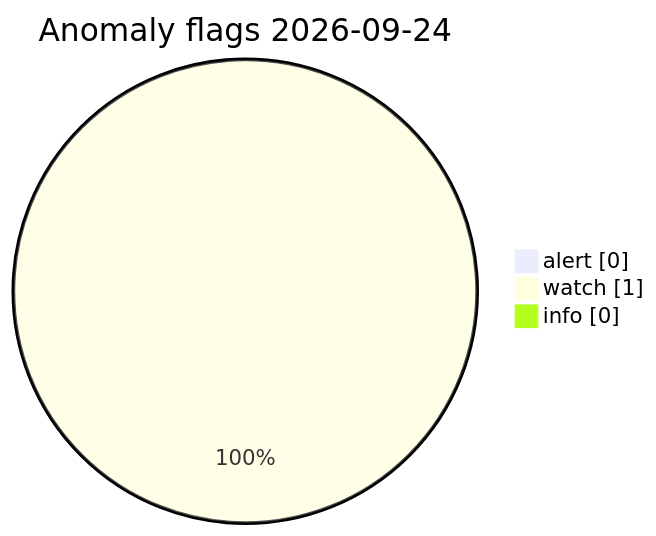
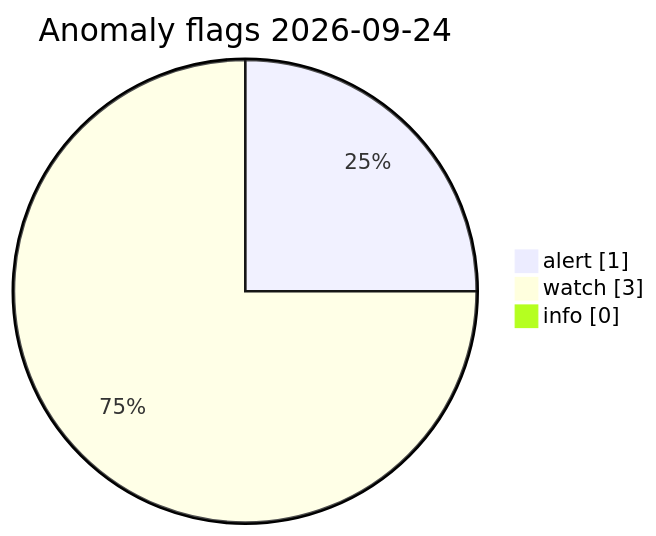
Before and after one commit to Midwest-Stratospheric/Unified-Open-Global-Weather: the diagram in visuals/latest/CHARTS.md, drawn with Mermaid. The commit also changed other lines of this file and 13 other files, not shown here.

Commit message:
data(visuals): automated charts 2026-09-24T14:18Z

````diff
--- a/visuals/latest/CHARTS.md
+++ b/visuals/latest/CHARTS.md
@@ -73,7 +73,7 @@
 ```mermaid
 pie showData
   title Anomaly flags 2026-09-24
-  "alert" : 0
-  "watch" : 1
+  "alert" : 1
+  "watch" : 3
   "info" : 0
 ```
````
